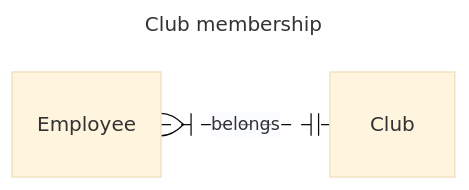
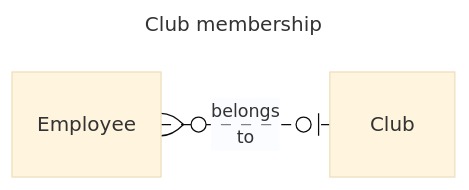
The first of 2 diagrams in README.md (thanh-ha-nguyen/hh-SOF001AS2AE-3012), drawn with Mermaid (base theme) before and after one commit.

Commit message:
Correct relationsip between Employee and Club in Task 3.

````diff
--- a/README.md
+++ b/README.md
@@ -34,8 +34,8 @@
 ```mermaid
 ---
 title: Club membership
 ---
 erDiagram
   direction LR
-  Employee one or many optionally to only one Club : belongs
+  Employee zero or many optionally to zero or one Club : "belongs<br/>to"
 ```
````
